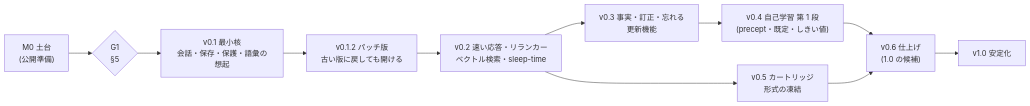
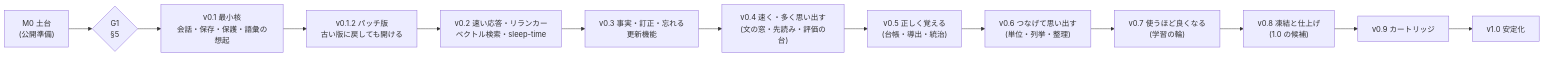
Before and after one commit to evoref/evorag: the diagram in docs/08-roadmap.md, drawn with Mermaid. The commit also changed other lines of this file and 7 other files, not shown here.

````diff
--- a/docs/08-roadmap.md
+++ b/docs/08-roadmap.md
@@ -21,13 +23,15 @@
 ```mermaid
 flowchart LR
     M0["M0 土台<br/>(公開準備)"] --> G1{"G1<br/>§5"}
     G1 --> V01["v0.1 最小核<br/>会話・保存・保護・語彙の想起"]
     V01 --> V012["v0.1.2 パッチ版<br/>古い版に戻しても開ける"]
     V012 --> V02["v0.2 速い応答・リランカー<br/>ベクトル検索・sleep-time"]
     V02 --> V03["v0.3 事実・訂正・忘れる<br/>更新機能"]
-    V03 --> V04["v0.4 自己学習 第 1 段<br/>(precept・既定・しきい値)"]
-    V02 --> V05["v0.5 カートリッジ<br/>形式の凍結"]
-    V04 --> V06["v0.6 仕上げ<br/>(1.0 の候補)"]
-    V05 --> V06
-    V06 --> V10["v1.0 安定化"]
+    V03 --> V04["v0.4 速く・多く思い出す<br/>(文の窓・先読み・評価の台)"]
+    V04 --> V05["v0.5 正しく覚える<br/>(台帳・導出・統治)"]
+    V05 --> V06["v0.6 つなげて思い出す<br/>(単位・列挙・整理)"]
+    V06 --> V07["v0.7 使うほど良くなる<br/>(学習の輪)"]
+    V07 --> V08["v0.8 凍結と仕上げ<br/>(1.0 の候補)"]
+    V08 --> V09["v0.9 カートリッジ"]
+    V09 --> V10["v1.0 安定化"]
 ```
````
